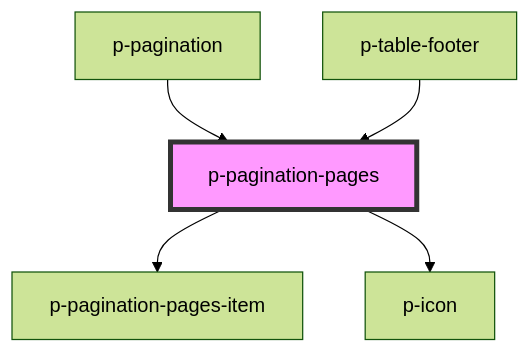
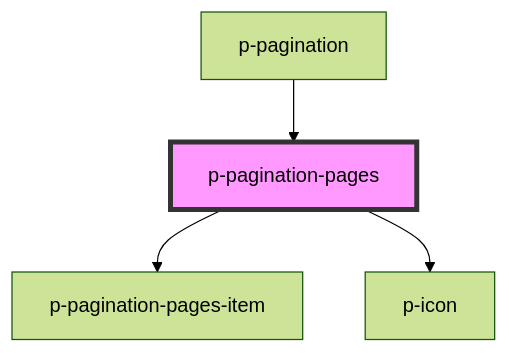
The diagram in packages/core/src/components/molecules/pagination/pages/readme.md (Employes/Paperless), drawn with Mermaid (forest theme) before and after one commit. The commit also changed other lines of this file and 118 other files, not shown here.

````diff
--- a/packages/core/src/components/molecules/pagination/pages/readme.md
+++ b/packages/core/src/components/molecules/pagination/pages/readme.md
@@ -39,8 +38,7 @@
 ```mermaid
 graph TD;
   p-pagination-pages --> p-pagination-pages-item
   p-pagination-pages --> p-icon
   p-pagination --> p-pagination-pages
-  p-table-footer --> p-pagination-pages
   style p-pagination-pages fill:#f9f,stroke:#333,stroke-width:4px
 ```
````
